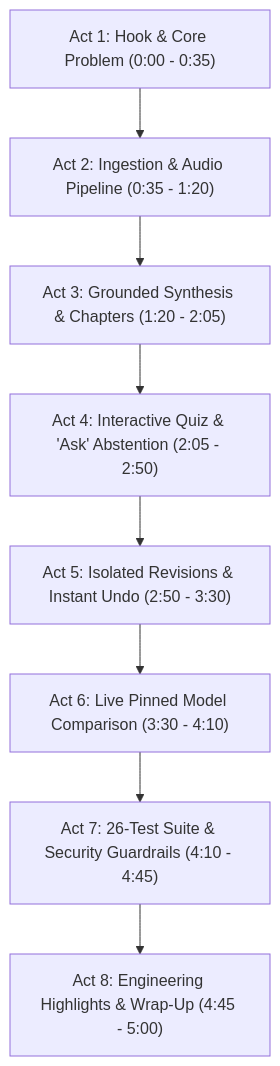
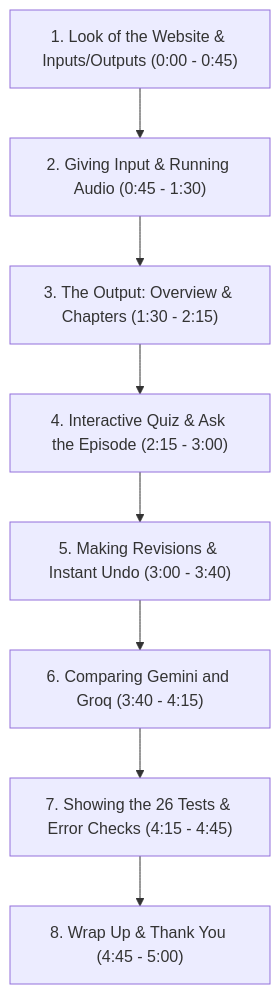
The diagram in docs/DEMO_SCRIPT.md (moazzem-hossain-majumder/Podcast-Companion), drawn with Mermaid before and after one commit. The commit also changed other lines of this file and 4 other files, not shown here.

````diff
--- a/docs/DEMO_SCRIPT.md
+++ b/docs/DEMO_SCRIPT.md
@@ -35,13 +23,13 @@
 ```mermaid
 flowchart TD
-    Act1["Act 1: Hook & Core Problem (0:00 - 0:35)"]
-    Act2["Act 2: Ingestion & Audio Pipeline (0:35 - 1:20)"]
-    Act3["Act 3: Grounded Synthesis & Chapters (1:20 - 2:05)"]
-    Act4["Act 4: Interactive Quiz & 'Ask' Abstention (2:05 - 2:50)"]
-    Act5["Act 5: Isolated Revisions & Instant Undo (2:50 - 3:30)"]
-    Act6["Act 6: Live Pinned Model Comparison (3:30 - 4:10)"]
-    Act7["Act 7: 26-Test Suite & Security Guardrails (4:10 - 4:45)"]
-    Act8["Act 8: Engineering Highlights & Wrap-Up (4:45 - 5:00)"]
+    Step1["1. Look of the Website & Inputs/Outputs (0:00 - 0:45)"]
+    Step2["2. Giving Input & Running Audio (0:45 - 1:30)"]
+    Step3["3. The Output: Overview & Chapters (1:30 - 2:15)"]
+    Step4["4. Interactive Quiz & Ask the Episode (2:15 - 3:00)"]
+    Step5["5. Making Revisions & Instant Undo (3:00 - 3:40)"]
+    Step6["6. Comparing Gemini and Groq (3:40 - 4:15)"]
+    Step7["7. Showing the 26 Tests & Error Checks (4:15 - 4:45)"]
+    Step8["8. Wrap Up & Thank You (4:45 - 5:00)"]
 
-    Act1 --> Act2 --> Act3 --> Act4 --> Act5 --> Act6 --> Act7 --> Act8
+    Step1 --> Step2 --> Step3 --> Step4 --> Step5 --> Step6 --> Step7 --> Step8
 ```
````
